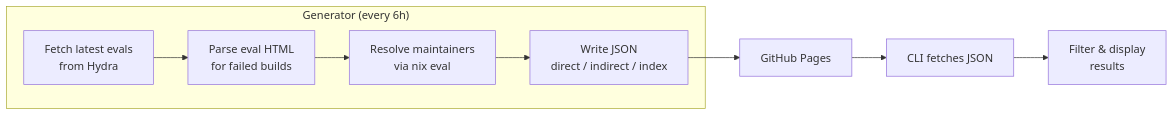
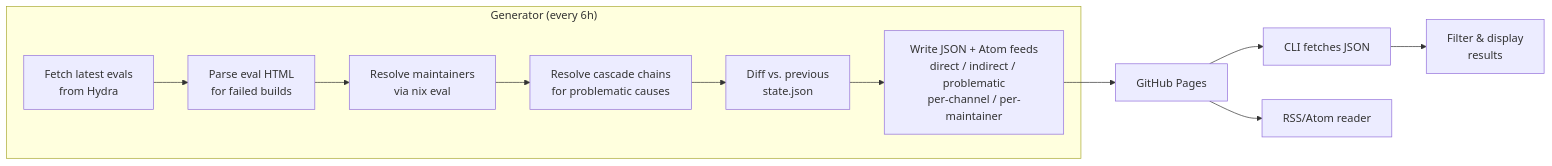
The diagram in README.md (MiniHarinn/zhf-cli), drawn with Mermaid before and after one commit. The commit also changed other lines of this file, not shown here.

Commit message:
docs: update flow diagram and add problematic examples

````diff
--- a/README.md
+++ b/README.md
@@ -57,12 +63,15 @@
 ```mermaid
 flowchart LR
     subgraph Generator["Generator (every 6h)"]
         A[Fetch latest evals\nfrom Hydra] --> B[Parse eval HTML\nfor failed builds]
         B --> C[Resolve maintainers\nvia nix eval]
-        C --> D[Write JSON\ndirect / indirect / index]
+        C --> D[Resolve cascade chains\nfor problematic causes]
+        D --> E[Diff vs. previous\nstate.json]
+        E --> F[Write JSON + Atom feeds\ndirect / indirect / problematic\nper-channel / per-maintainer]
     end
 
-    D --> E[GitHub Pages]
-    E --> F[CLI fetches JSON]
-    F --> G[Filter & display\nresults]
+    F --> G[GitHub Pages]
+    G --> H[CLI fetches JSON]
+    G --> I[RSS/Atom reader]
+    H --> J[Filter & display\nresults]
 ```
````
